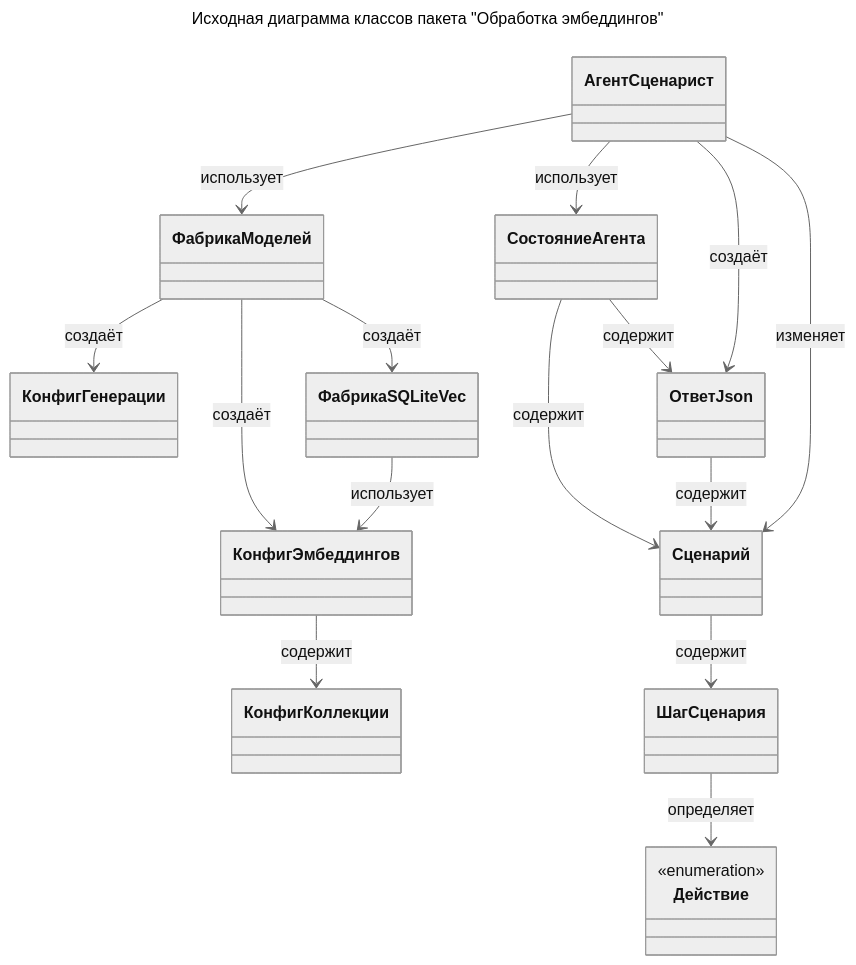
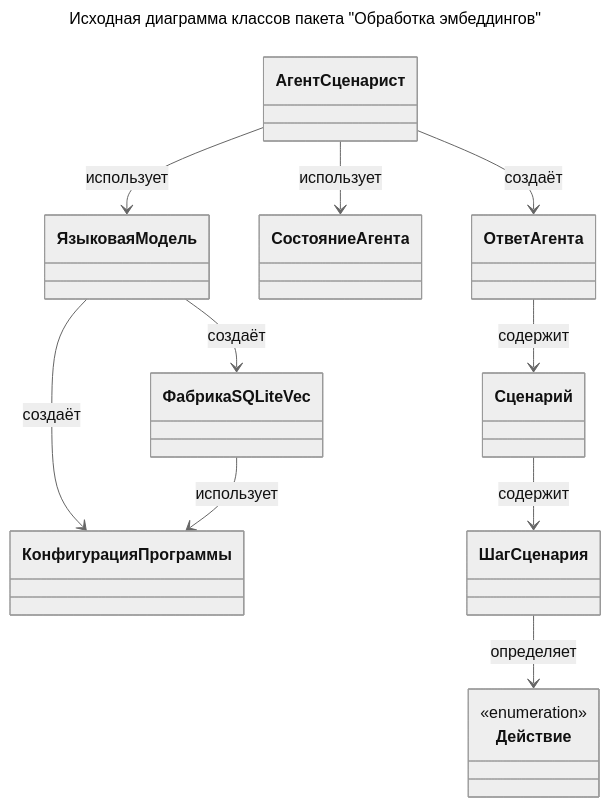
One commit to CHSU-scenarAIst/diagrammy changed the diagram in Пакет Обработка эмбеддингов/1. Исходная диаграмма классов.md. Above: the diagram before and after it, drawn with Mermaid (neutral theme). The commit also changed other lines of this file and 7 other files, not shown here.

````diff
--- a/Пакет Обработка эмбеддингов/1. Исходная диаграмма классов.md
+++ b/Пакет Обработка эмбеддингов/1. Исходная диаграмма классов.md
@@ -10,24 +10,19 @@
 ```mermaid
 ---
 title: Исходная диаграмма классов пакета "Обработка эмбеддингов"
 ---
 classDiagram
-    АгентСценарист --> ФабрикаМоделей : использует
+    АгентСценарист --> ЯзыковаяМодель : использует
     АгентСценарист --> СостояниеАгента : использует
-    АгентСценарист --> ОтветJson : создаёт
-    АгентСценарист --> Сценарий : изменяет
-    СостояниеАгента --> Сценарий : содержит
-    СостояниеАгента --> ОтветJson : содержит
-    ФабрикаМоделей --> КонфигГенерации : создаёт
-    ФабрикаМоделей --> КонфигЭмбеддингов : создаёт
-    ФабрикаМоделей --> ФабрикаSQLiteVec : создаёт
-    КонфигЭмбеддингов --> КонфигКоллекции : содержит
-    ФабрикаSQLiteVec --> КонфигЭмбеддингов : использует
-    ОтветJson --> Сценарий : содержит
+    АгентСценарист --> ОтветАгента : создаёт
+    ЯзыковаяМодель --> КонфигурацияПрограммы : создаёт
+    ЯзыковаяМодель --> ФабрикаSQLiteVec : создаёт
+    ФабрикаSQLiteVec --> КонфигурацияПрограммы : использует
+    ОтветАгента --> Сценарий : содержит
     Сценарий --> ШагСценария : содержит
     ШагСценария --> Действие : определяет
 
     class Действие {
         <<enumeration>>
     }
 ```
````
